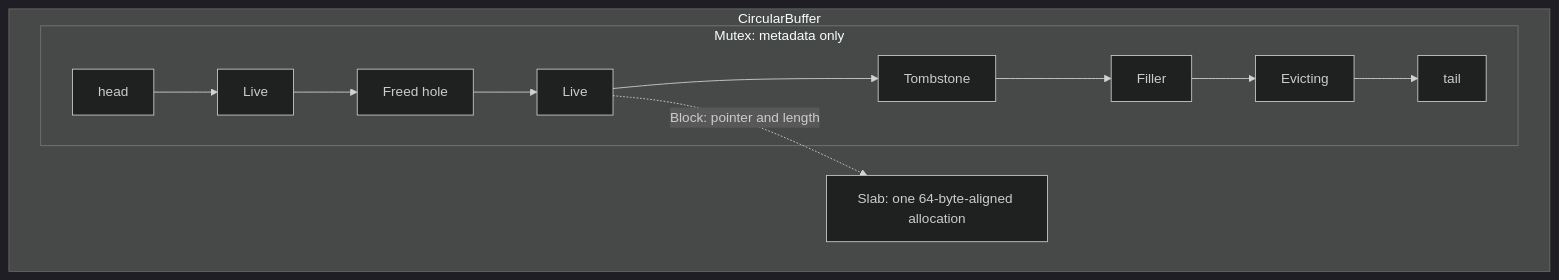
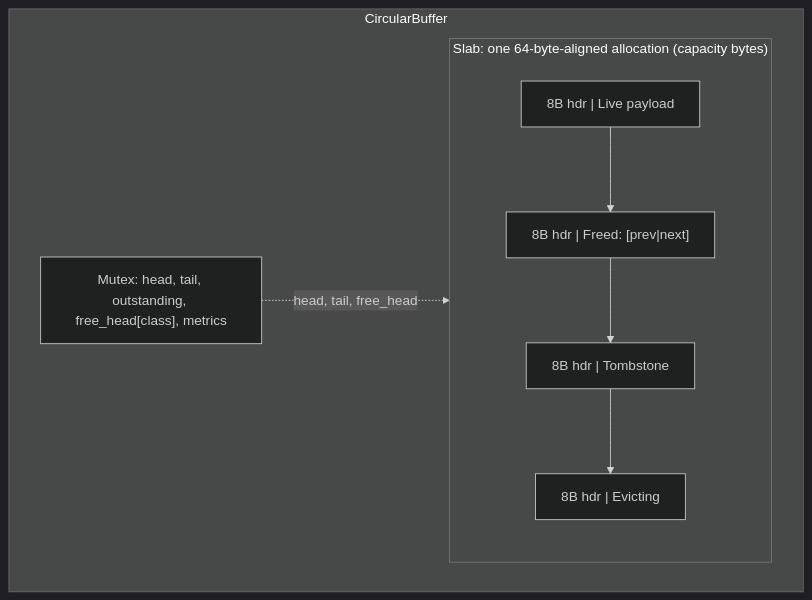
One commit to raydatray/peppydb changed the first of 3 diagrams in docs/design/bf-tree-circular-buffer.md. Above: the diagram before and after it, drawn with Mermaid (dark theme). The commit also changed other lines of this file and 5 other files, not shown here.

````diff
--- a/docs/design/bf-tree-circular-buffer.md
+++ b/docs/design/bf-tree-circular-buffer.md
@@ -15,11 +18,11 @@
 ```mermaid
 flowchart LR
     subgraph CB["CircularBuffer"]
         direction LR
-        subgraph State["Mutex<State>: metadata only"]
-            H["head"] --> B1["Live"] --> B2["Freed hole"] --> B3["Live"] --> B4["Tombstone"] --> F["Filler"] --> B5["Evicting"] --> T["tail"]
+        State["Mutex<State>: head, tail, outstanding, free_head[class], metrics"]
+        subgraph S["Slab: one 64-byte-aligned allocation (capacity bytes)"]
+            B1["8B hdr | Live payload"] --> B2["8B hdr | Freed: [prev|next]"] --> B3["8B hdr | Tombstone"] --> B4["8B hdr | Evicting"]
         end
-        S["Slab: one 64-byte-aligned allocation"]
     end
-    B3 -. "Block: pointer and length" .-> S
+    State -. "head, tail, free_head" .-> S
 ```
````
